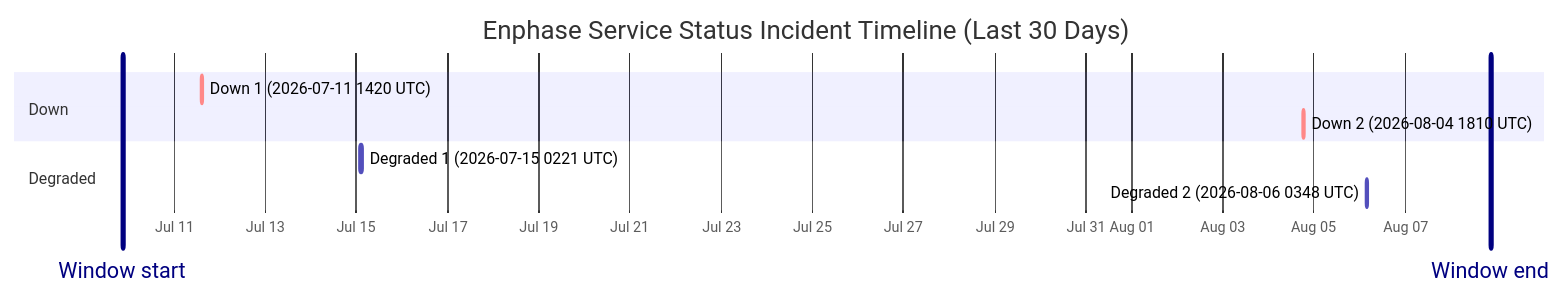
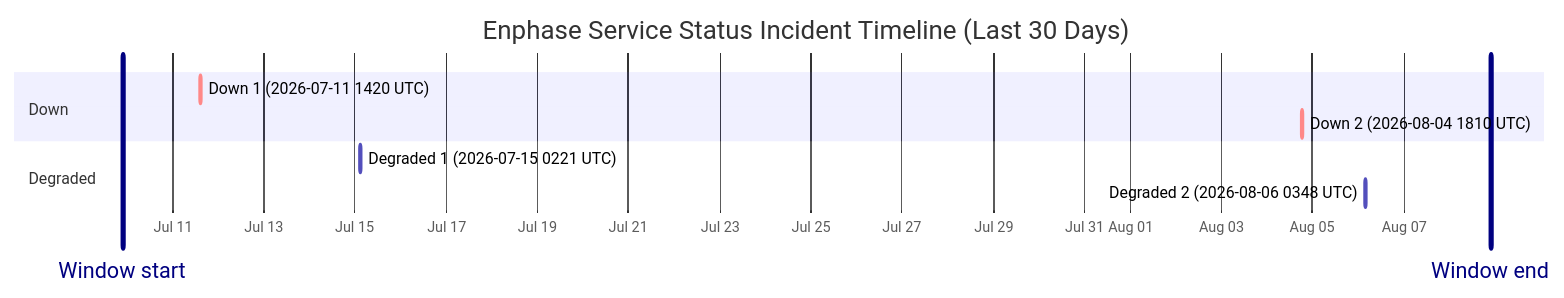
Before and after one commit to barneyonline/ha-enphase-energy: the diagram in wiki/Service-Status-History.md, drawn with Mermaid. The commit also changed other lines of this file and 3 other files, not shown here.

````diff
--- a/wiki/Service-Status-History.md
+++ b/wiki/Service-Status-History.md
@@ -14,14 +14,14 @@
 ```mermaid
 gantt
     title Enphase Service Status Incident Timeline (Last 30 Days)
     dateFormat  YYYY-MM-DDTHH:mm:ss
     axisFormat  %b %d
-    Window start :vert, window-start, 2026-07-09T20:59:53, 0ms
-    Window end :vert, window-end, 2026-08-08T20:59:53, 0ms
+    Window start :vert, window-start, 2026-07-09T21:38:10, 0ms
+    Window end :vert, window-end, 2026-08-08T21:38:10, 0ms
     section Down
     Down 1 (2026-07-11 1420 UTC) :crit, down-1, 2026-07-11T14:20:54, 69m
     Down 2 (2026-08-04 1810 UTC) :crit, down-2, 2026-08-04T18:10:46, 60m
     section Degraded
     Degraded 1 (2026-07-15 0221 UTC) :active, degraded-1, 2026-07-15T02:21:35, 60m
     Degraded 2 (2026-08-06 0348 UTC) :active, degraded-2, 2026-08-06T03:48:14, 60m
 ```
````
